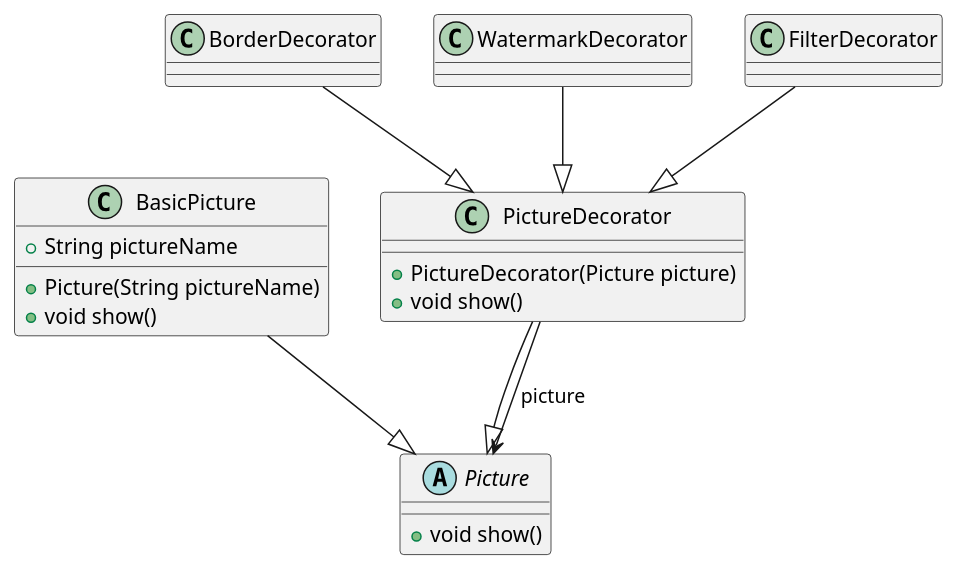
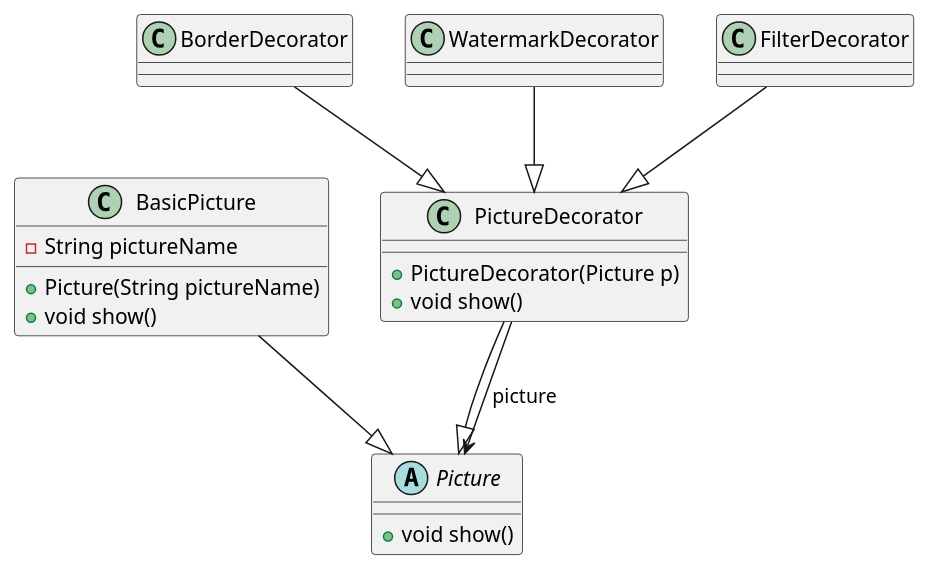
Before and after one commit to hgun-nugye/SOFTWARE_ARCHITECTURE_AND_DESIGN: the diagram in Exercises/src/ontap/decorator_trangtrianh/diagram.puml, drawn with PlantUML. The commit also changed 2 other files, not shown here.

```diff
--- a/Exercises/src/ontap/decorator_trangtrianh/diagram.puml
+++ b/Exercises/src/ontap/decorator_trangtrianh/diagram.puml
@@ -1,31 +1,31 @@
 @startuml
 
 abstract class Picture{
     + void show()
 }
 
 class BasicPicture{
-    + String pictureName
+    - String pictureName
     + Picture(String pictureName)
     + void show()
 }
 
 class PictureDecorator{
-    + PictureDecorator(Picture picture)
+    + PictureDecorator(Picture p)
     + void show()
 }
 
 class BorderDecorator{}
 class WatermarkDecorator{}
 class FilterDecorator{}
 
 BasicPicture --|> Picture
 PictureDecorator --|> Picture
 PictureDecorator --> Picture: picture
 
 BorderDecorator --|> PictureDecorator
 WatermarkDecorator --|> PictureDecorator
 FilterDecorator --|> PictureDecorator
 
 
 @enduml
```
